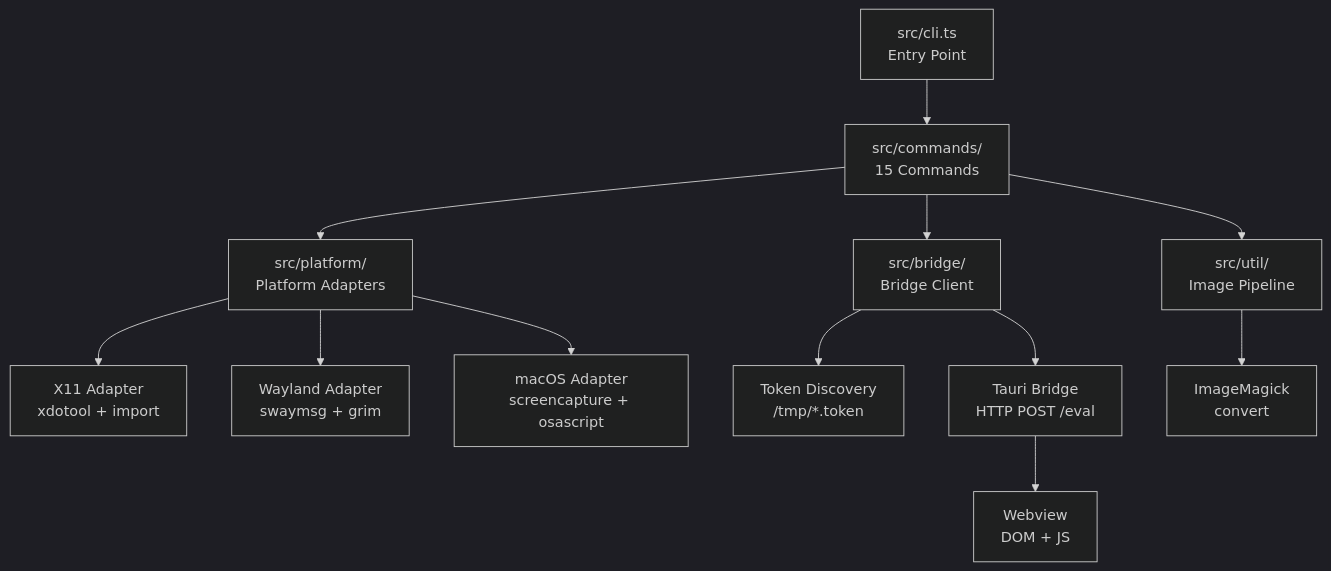
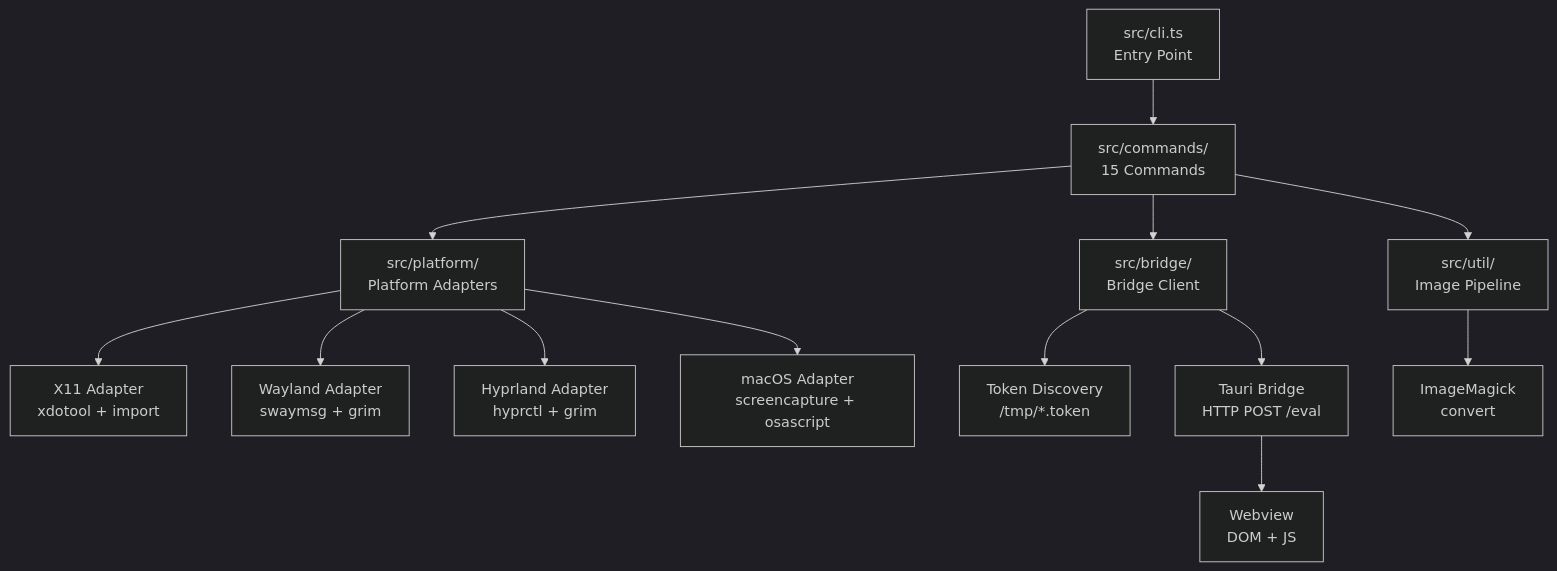
The diagram in docs/architecture/overview.md (cesarandreslopez/tauri-agent-tools), drawn with Mermaid (dark theme) before and after one commit. The commit also changed other lines of this file and 8 other files, not shown here.

````diff
--- a/docs/architecture/overview.md
+++ b/docs/architecture/overview.md
@@ -5,14 +5,15 @@
 ```mermaid
 graph TD
     CLI[src/cli.ts<br/>Entry Point] --> CMD[src/commands/<br/>15 Commands]
     CMD --> PA[src/platform/<br/>Platform Adapters]
     CMD --> BC[src/bridge/<br/>Bridge Client]
     PA --> X11[X11 Adapter<br/>xdotool + import]
     PA --> WL[Wayland Adapter<br/>swaymsg + grim]
+    PA --> HY[Hyprland Adapter<br/>hyprctl + grim]
     PA --> MAC[macOS Adapter<br/>screencapture + osascript]
     BC --> TD[Token Discovery<br/>/tmp/*.token]
     BC --> BR[Tauri Bridge<br/>HTTP POST /eval]
     BR --> WV[Webview<br/>DOM + JS]
     CMD --> IMG[src/util/<br/>Image Pipeline]
     IMG --> IM[ImageMagick<br/>convert]
 ```
````
